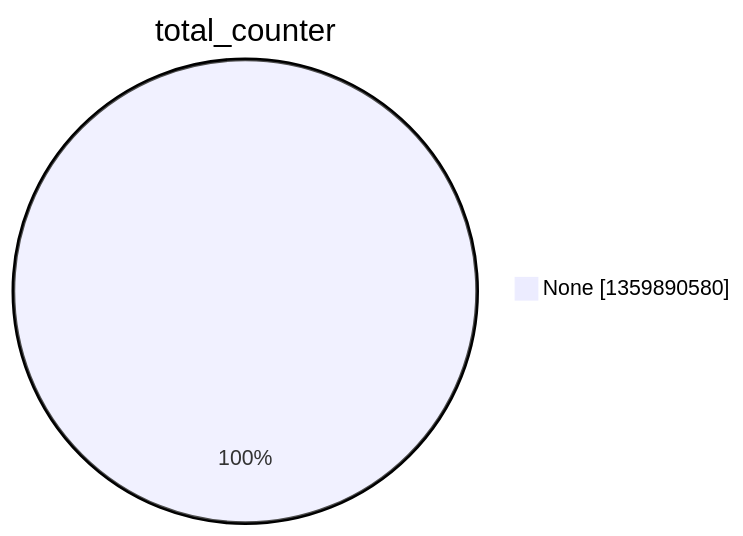
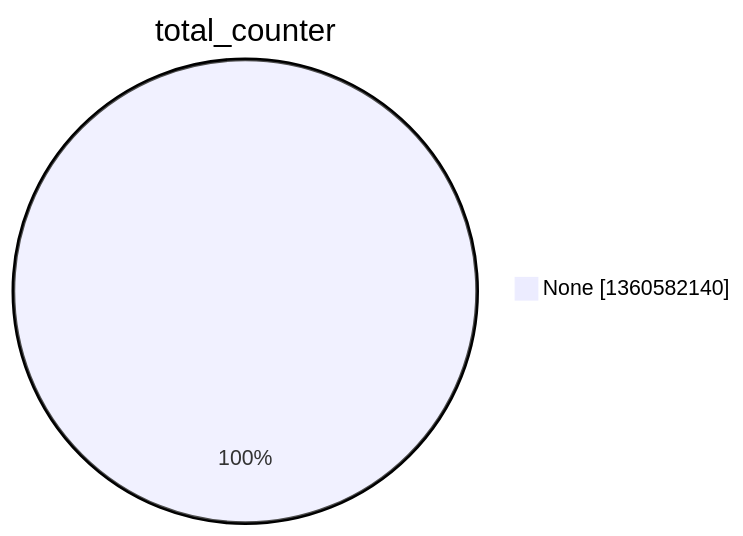
Before and after one commit to christiankrug/ctmonitor_visualization: the second of 15 diagrams in argon2022/README.md, drawn with Mermaid. The commit also changed other lines of this file, not shown here.

````diff
--- a/argon2022/README.md
+++ b/argon2022/README.md
@@ -9,5 +9,5 @@
 ```mermaid
 pie showData
 title total_counter
-"None" :1359890580
+"None" :1360582140
 ```
````
